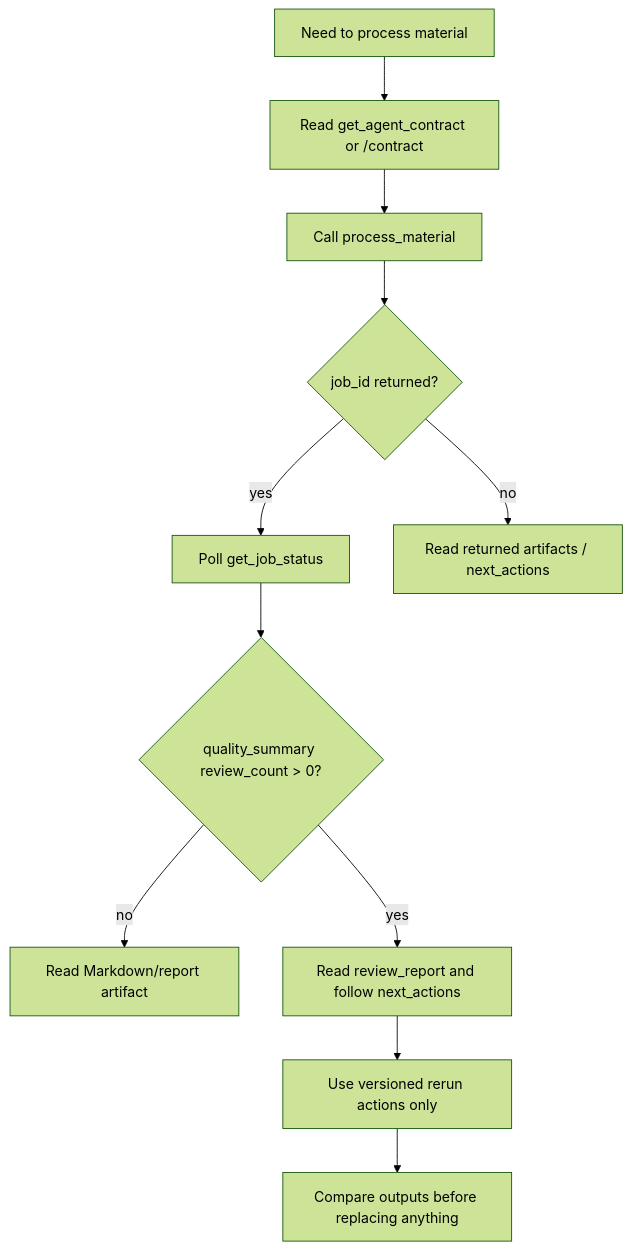
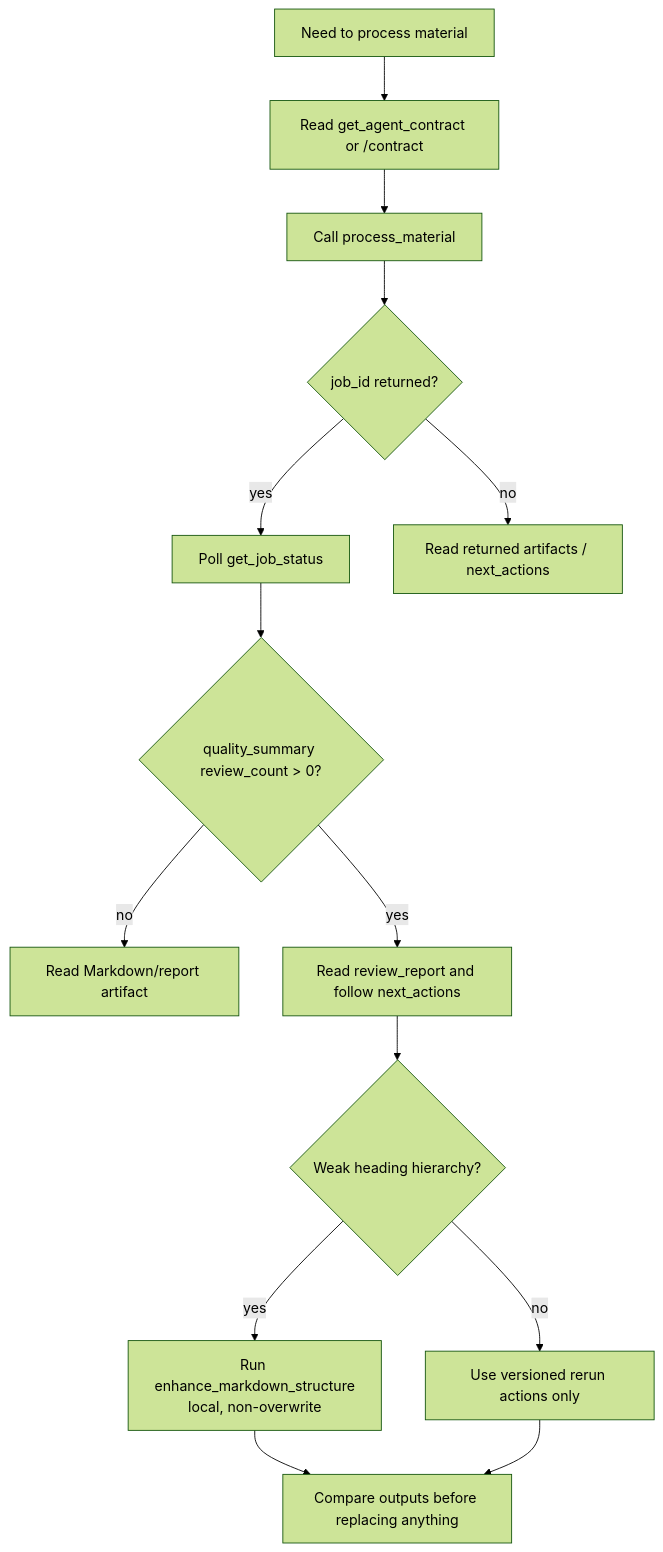
Before and after one commit to lightcoloror/ebook-markdown-pipeline: the diagram in examples/agent-recipes/README.md, drawn with Mermaid (forest theme). The commit also changed other lines of this file and 2 other files, not shown here.

Commit message:
docs: add structure enhancement agent recipe

````diff
--- a/examples/agent-recipes/README.md
+++ b/examples/agent-recipes/README.md
@@ -29,13 +30,16 @@
 ```mermaid
 flowchart TD
     input["Need to process material"] --> contract["Read get_agent_contract or /contract"]
     contract --> process["Call process_material"]
     process --> job{"job_id returned?"}
     job -->|"yes"| poll["Poll get_job_status"]
     job -->|"no"| artifacts["Read returned artifacts / next_actions"]
     poll --> quality{"quality_summary review_count > 0?"}
     quality -->|"no"| read["Read Markdown/report artifact"]
     quality -->|"yes"| review["Read review_report and follow next_actions"]
-    review --> rerun["Use versioned rerun actions only"]
+    review --> weak{"Weak heading hierarchy?"}
+    weak -->|"yes"| enhance["Run enhance_markdown_structure\nlocal, non-overwrite"]
+    weak -->|"no"| rerun["Use versioned rerun actions only"]
+    enhance --> compare
     rerun --> compare["Compare outputs before replacing anything"]
 ```
````
